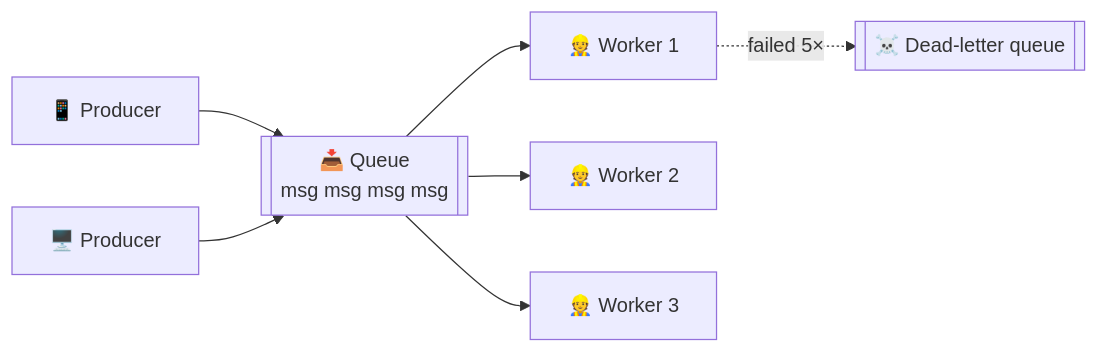
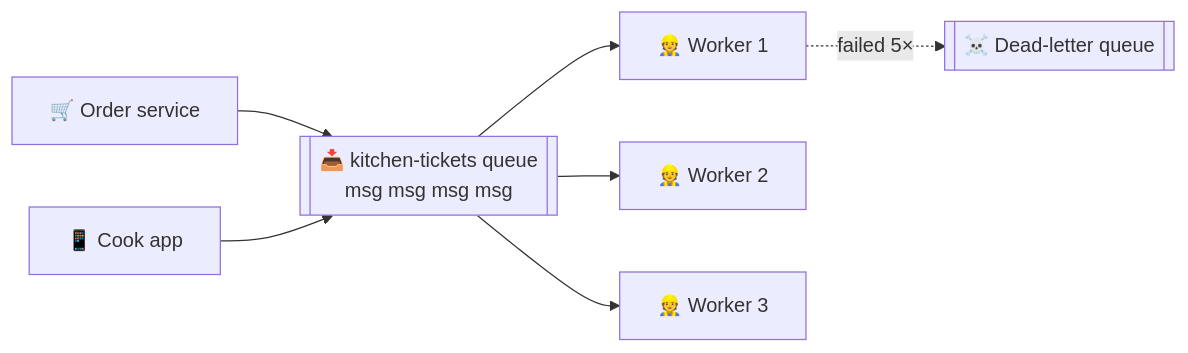
One commit to winnyboy5/System-Design-from-Atoms changed the diagram in phases/07-async-messaging/057-message-queues.md. Above: the diagram before and after it, drawn with Mermaid. The commit also changed other lines of this file and 6 other files, not shown here.

````diff
--- a/phases/07-async-messaging/057-message-queues.md
+++ b/phases/07-async-messaging/057-message-queues.md
@@ -29,9 +39,9 @@
 ```mermaid
 flowchart LR
-    P1["📱 Producer"] --> Q[["📥 Queue<br/>msg msg msg msg"]]
-    P2["🖥️ Producer"] --> Q
+    P1["🛒 Order service"] --> Q[["📥 kitchen-tickets queue<br/>msg msg msg msg"]]
+    P2["📱 Cook app"] --> Q
     Q --> C1["👷 Worker 1"]
     Q --> C2["👷 Worker 2"]
     Q --> C3["👷 Worker 3"]
     C1 -.->|"failed 5×"| DLQ[["☠️ Dead-letter queue"]]
 ```
````
